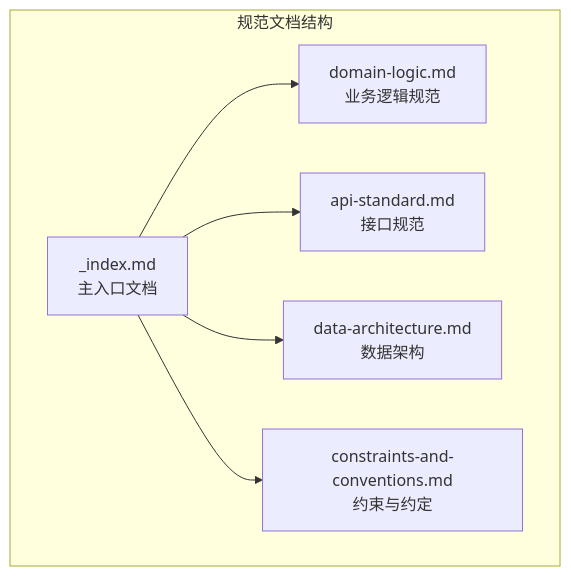
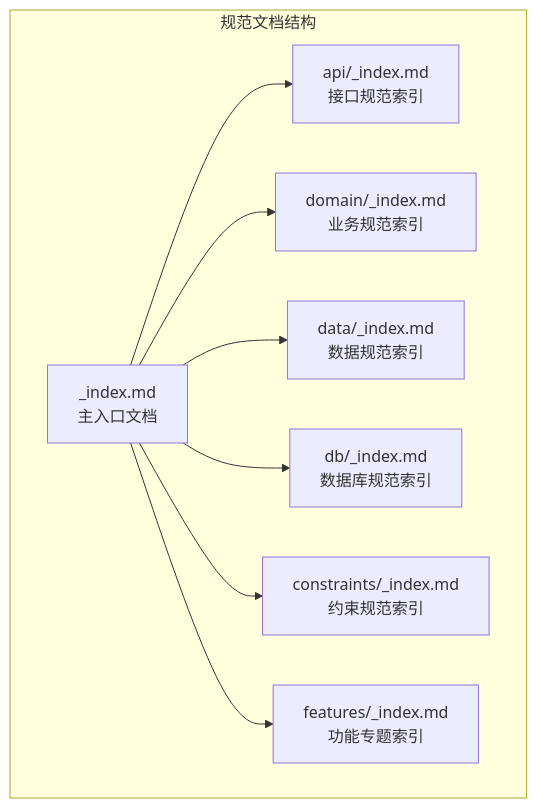
One commit to yachi666/support-roster-server changed the first of 2 diagrams in .specs/_index.md. Above: the diagram before and after it, drawn with Mermaid. The commit also changed other lines of this file and 103 other files, not shown here.

````diff
--- a/.specs/_index.md
+++ b/.specs/_index.md
@@ -16,15 +25,19 @@
 ```mermaid
 graph TB
     subgraph "规范文档结构"
-        INDEX["_index.md<br/>主入口文档"]
-        DOMAIN["domain-logic.md<br/>业务逻辑规范"]
-        API["api-standard.md<br/>接口规范"]
-        DATA["data-architecture.md<br/>数据架构"]
-        CONSTRAINTS["constraints-and-conventions.md<br/>约束与约定"]
+        ROOT["_index.md<br/>主入口文档"]
+        API_INDEX["api/_index.md<br/>接口规范索引"]
+        DOMAIN_INDEX["domain/_index.md<br/>业务规范索引"]
+        DATA_INDEX["data/_index.md<br/>数据规范索引"]
+        DB_INDEX["db/_index.md<br/>数据库规范索引"]
+        CONSTRAINTS_INDEX["constraints/_index.md<br/>约束规范索引"]
+        FEATURES_INDEX["features/_index.md<br/>功能专题索引"]
     end
-    
-    INDEX --> DOMAIN
-    INDEX --> API
-    INDEX --> DATA
-    INDEX --> CONSTRAINTS
+
+    ROOT --> API_INDEX
+    ROOT --> DOMAIN_INDEX
+    ROOT --> DATA_INDEX
+    ROOT --> DB_INDEX
+    ROOT --> CONSTRAINTS_INDEX
+    ROOT --> FEATURES_INDEX
 ```
````
